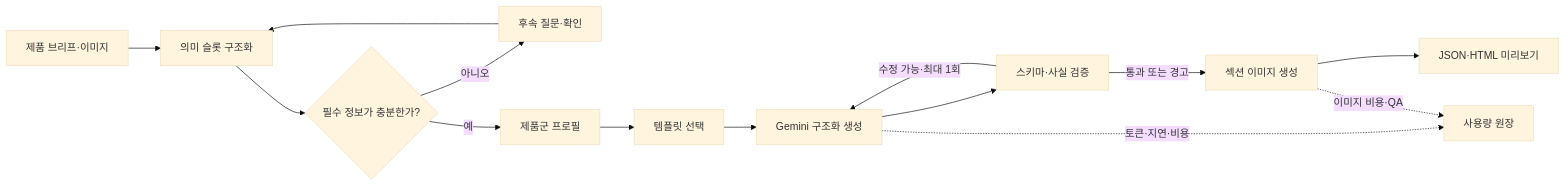
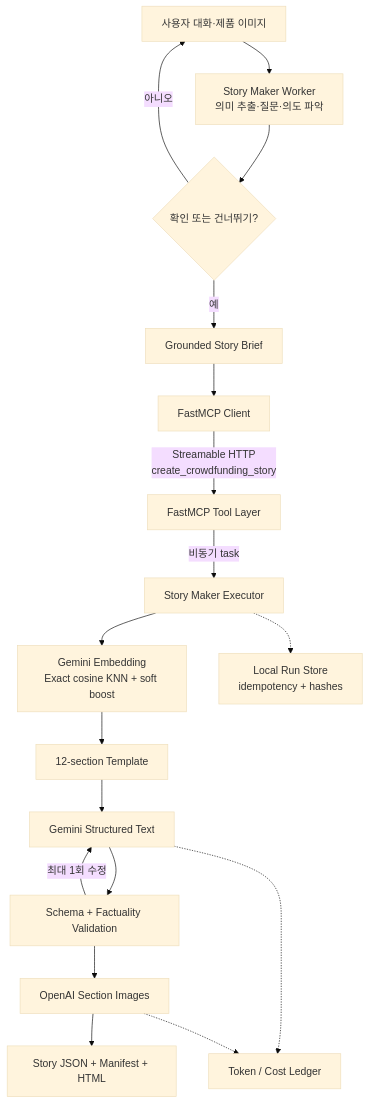
The diagram in README.md (KT-Cloud-Tech-Up-team6/funding-story-ai), drawn with Mermaid (base theme) before and after one commit. The commit also changed other lines of this file and 41 other files, not shown here.

First line of the commit message:
Integrate story maker architecture (#1)

````diff
--- a/README.md
+++ b/README.md
@@ -162,17 +185,23 @@
 ```mermaid
-flowchart LR
-    U["제품 브리프·이미지"] --> I["의미 슬롯 구조화"]
-    I --> Q{"필수 정보가 충분한가?"}
-    Q -->|"아니오"| C["후속 질문·확인"]
-    C --> I
-    Q -->|"예"| P["제품군 프로필"]
-    P --> T["템플릿 선택"]
-    T --> G["Gemini 구조화 생성"]
-    G --> V["스키마·사실 검증"]
-    V -->|"수정 가능·최대 1회"| G
-    V -->|"통과 또는 경고"| M["섹션 이미지 생성"]
-    M --> R["JSON·HTML 미리보기"]
+flowchart TB
+    U["사용자 대화·제품 이미지"] --> W["Story Maker Worker<br/>의미 추출·질문·의도 파악"]
+    W --> Q{"확인 또는 건너뛰기?"}
+    Q -->|"아니오"| U
+    Q -->|"예"| B["Grounded Story Brief"]
 
-    G -. "토큰·지연·비용" .-> L["사용량 원장"]
-    M -. "이미지 비용·QA" .-> L
+    B --> C["FastMCP Client"]
+    C -->|"Streamable HTTP<br/>create_crowdfunding_story"| M["FastMCP Tool Layer"]
+    M -->|"비동기 task"| E["Story Maker Executor"]
+
+    E --> K["Gemini Embedding<br/>Exact cosine KNN + soft boost"]
+    K --> T["12-section Template"]
+    T --> G["Gemini Structured Text"]
+    G --> V["Schema + Factuality Validation"]
+    V -->|"최대 1회 수정"| G
+    V --> I["OpenAI Section Images"]
+    I --> R["Story JSON + Manifest + HTML"]
+
+    E -.-> L["Local Run Store<br/>idempotency + hashes"]
+    G -.-> X["Token / Cost Ledger"]
+    I -.-> X
 ```
````
